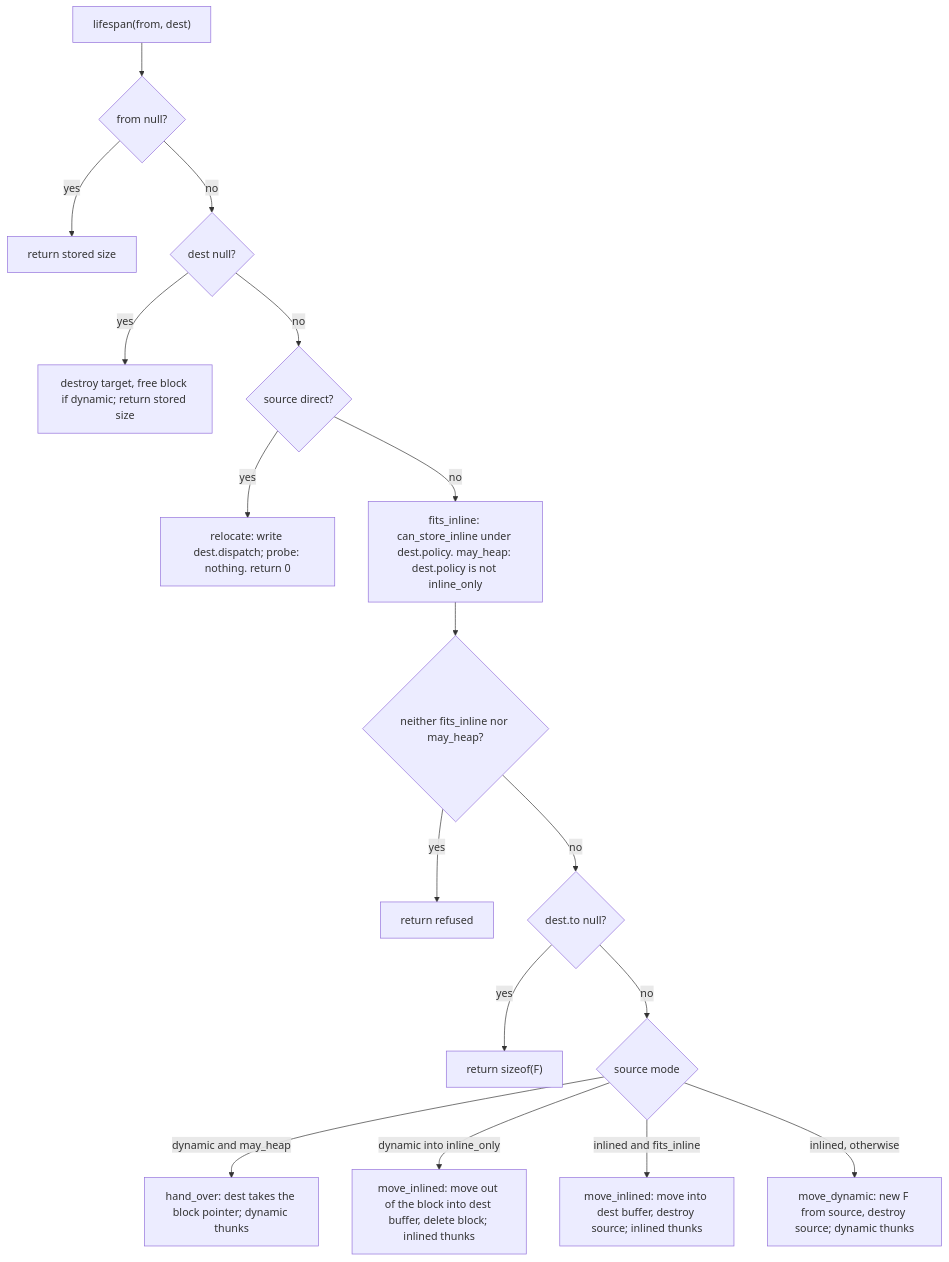
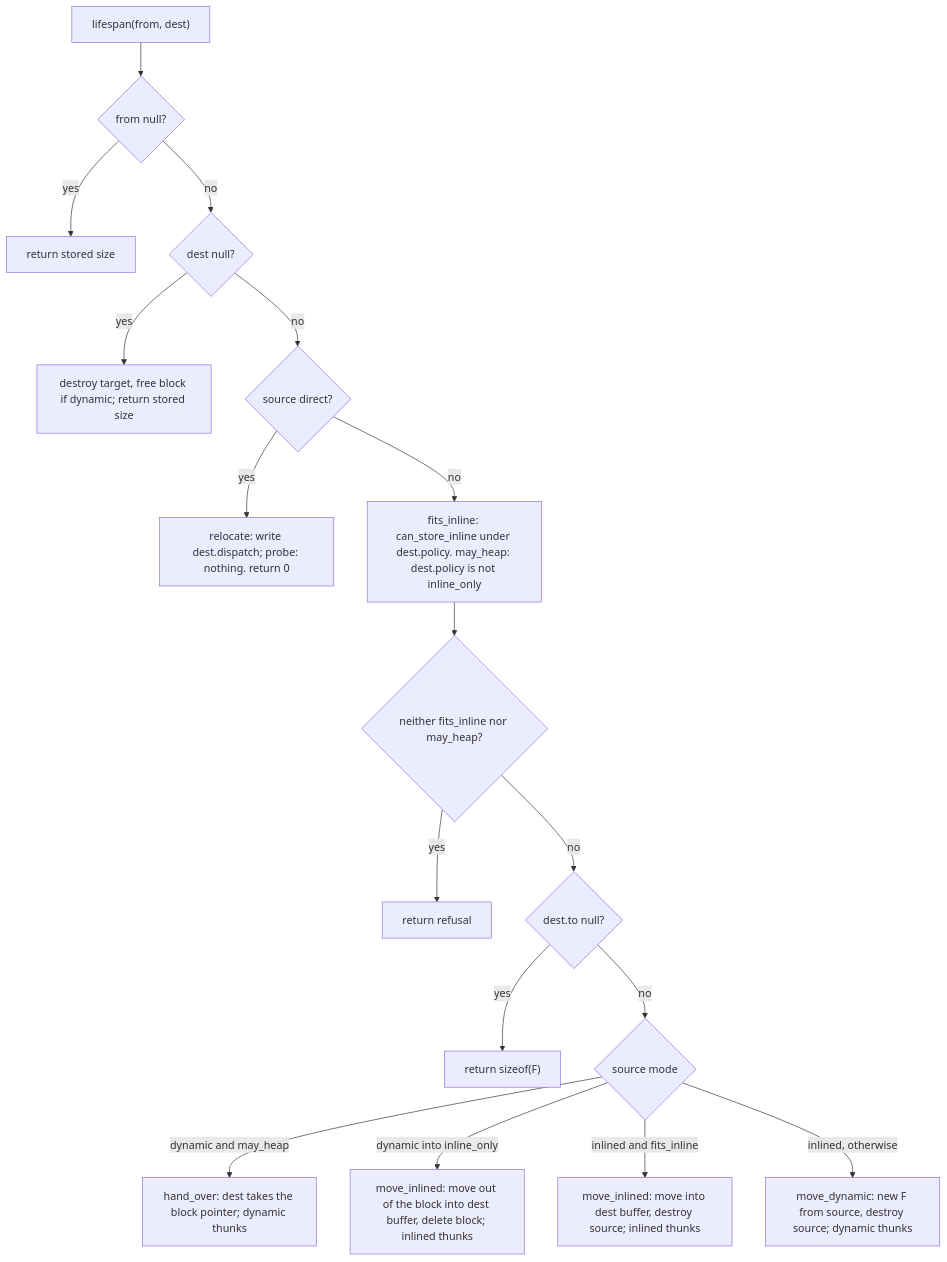
The third of 3 diagrams in corvid/meta/flexi_function.md (stevensudit/Corvid), drawn with Mermaid before and after one commit. The commit also changed other lines of this file and 8 other files, not shown here.

````diff
--- a/corvid/meta/flexi_function.md
+++ b/corvid/meta/flexi_function.md
@@ -355,19 +355,19 @@
 ```mermaid
 flowchart TD
     start["lifespan(from, dest)"] --> f{from null?}
     f -->|yes| size["return stored size"]
     f -->|no| d{dest null?}
     d -->|yes| destroy["destroy target, free block if dynamic; return stored size"]
     d -->|no| dir{source direct?}
     dir -->|yes| pair["relocate: write dest.dispatch; probe: nothing. return 0"]
     dir -->|no| fit["fits_inline: can_store_inline under dest.policy. may_heap: dest.policy is not inline_only"]
     fit --> ref{neither fits_inline nor may_heap?}
-    ref -->|yes| r["return refused"]
+    ref -->|yes| r["return refusal"]
     ref -->|no| probe{dest.to null?}
     probe -->|yes| ok["return sizeof(F)"]
     probe -->|no| src{source mode}
     src -->|dynamic and may_heap| hand["hand_over: dest takes the block pointer; dynamic thunks"]
     src -->|dynamic into inline_only| unbox["move_inlined: move out of the block into dest buffer, delete block; inlined thunks"]
     src -->|inlined and fits_inline| stay["move_inlined: move into dest buffer, destroy source; inlined thunks"]
     src -->|inlined, otherwise| box["move_dynamic: new F from source, destroy source; dynamic thunks"]
 ```
````
